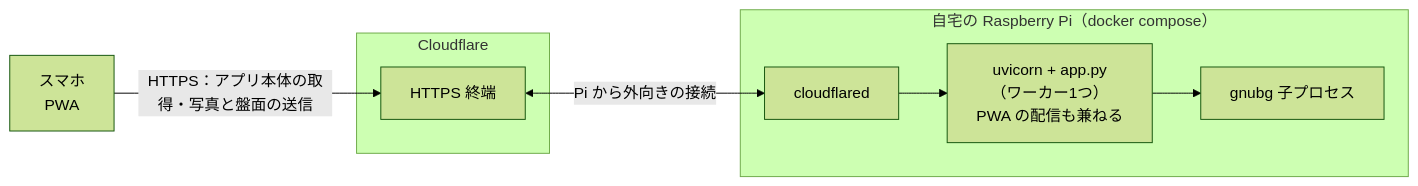
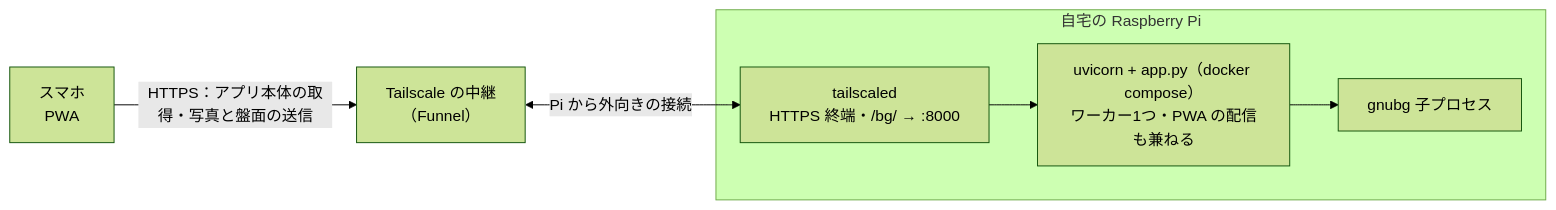
One commit to ytani01/bganalyzer changed the fifth of 5 diagrams in README.md. Above: the diagram before and after it, drawn with Mermaid (forest theme). The commit also changed other lines of this file and 11 other files, not shown here.

First line of the commit message:
公開を Tailscale Funnel に切り替え、PWA を /bg/ などのパスの下でも動くようにする

````diff
--- a/README.md
+++ b/README.md
@@ -157,16 +158,14 @@
 ```mermaid
 flowchart LR
     phone["スマホ<br/>PWA"]
-    subgraph cloudflare["Cloudflare"]
-        tls["HTTPS 終端"]
-    end
-    subgraph pi["自宅の Raspberry Pi（docker compose）"]
-        tunnel["cloudflared"]
-        uv["uvicorn + app.py<br/>（ワーカー1つ）<br/>PWA の配信も兼ねる"]
+    relay["Tailscale の中継<br/>（Funnel）"]
+    subgraph pi["自宅の Raspberry Pi"]
+        tsd["tailscaled<br/>HTTPS 終端・/bg/ → :8000"]
+        uv["uvicorn + app.py（docker compose）<br/>ワーカー1つ・PWA の配信も兼ねる"]
         child["gnubg 子プロセス"]
-        tunnel --> uv --> child
+        tsd --> uv --> child
     end
 
-    phone -- "HTTPS：アプリ本体の取得・写真と盤面の送信" --> tls
-    tls <-- "Pi から外向きの接続" --> tunnel
+    phone -- "HTTPS：アプリ本体の取得・写真と盤面の送信" --> relay
+    relay <-- "Pi から外向きの接続" --> tsd
 ```
````
